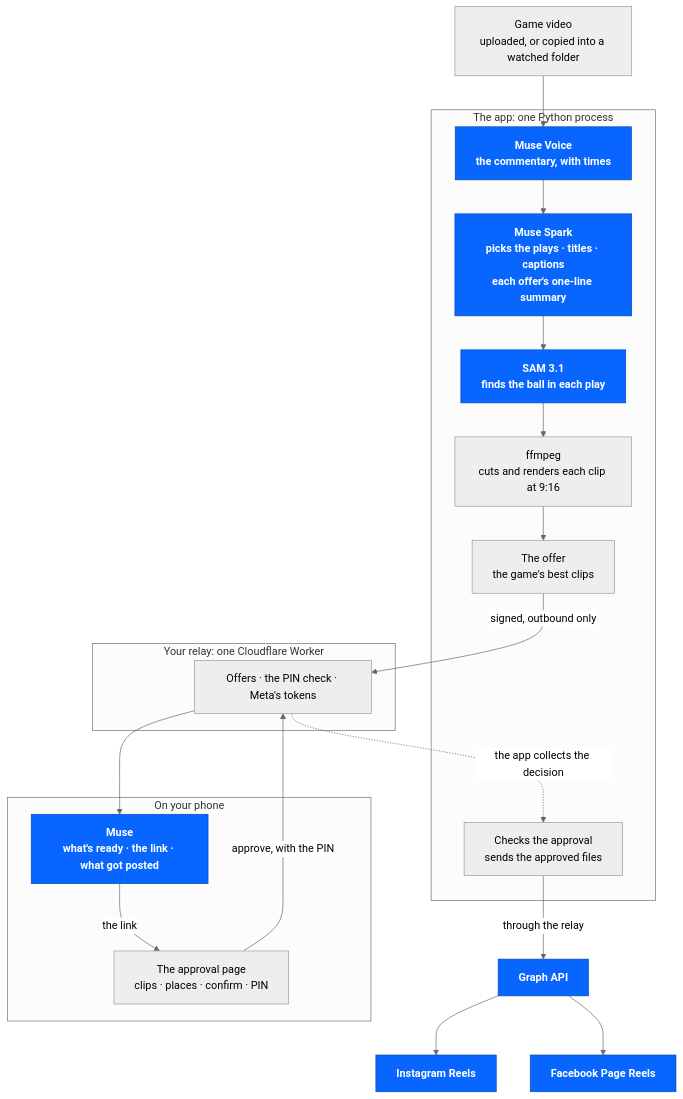
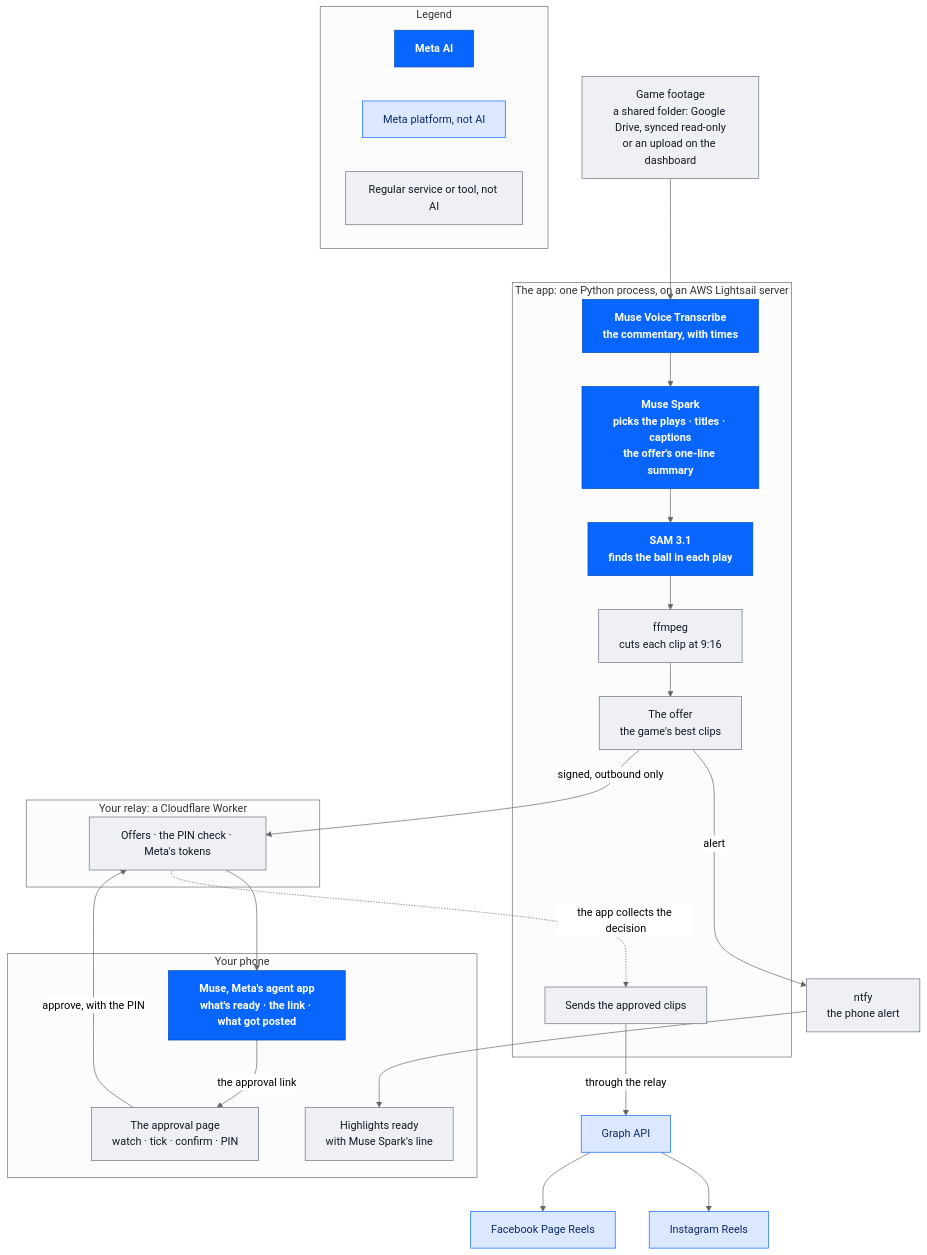
Before and after one commit to ColinGPT9/clips-kitty-gameday: the diagram in README.md, drawn with Mermaid (neutral theme). The commit also changed other lines of this file and 10 other files, not shown here.

First line of the commit message:
The README as the submission page, and docs that match what ran (#2)

````diff
--- a/README.md
+++ b/README.md
@@ -65,33 +139,50 @@
 ```mermaid
 flowchart TD
-    F["Game video<br/>uploaded, or copied into a watched folder"]
-    subgraph APP["The app: one Python process"]
-        V["Muse Voice<br/>the commentary, with times"]
-        S["Muse Spark<br/>picks the plays · titles · captions<br/>each offer's one-line summary"]
-        M["SAM 3.1<br/>finds the ball in each play"]
-        R["ffmpeg<br/>cuts and renders each clip at 9:16"]
-        O["The offer<br/>the game's best clips"]
-        C["Checks the approval<br/>sends the approved files"]
+    subgraph LEGEND["Legend"]
+        L1["Meta AI"]:::metaai
+        L2["Meta platform, not AI"]:::metaplat
+        L3["Regular service or tool, not AI"]:::regular
     end
-    subgraph RL["Your relay: one Cloudflare Worker"]
-        Q["Offers · the PIN check · Meta's tokens"]
+
+    IN["Game footage<br/>a shared folder: Google Drive, synced read-only<br/>or an upload on the dashboard"]:::regular
+
+    subgraph APP["The app: one Python process, on an AWS Lightsail server"]
+        V["Muse Voice Transcribe<br/>the commentary, with times"]:::metaai
+        S["Muse Spark<br/>picks the plays · titles · captions<br/>the offer's one-line summary"]:::metaai
+        M["SAM 3.1<br/>finds the ball in each play"]:::metaai
+        R["ffmpeg<br/>cuts each clip at 9:16"]:::regular
+        O["The offer<br/>the game's best clips"]:::regular
+        C["Sends the approved clips"]:::regular
     end
-    subgraph PH["On your phone"]
-        MU["Muse<br/>what's ready · the link · what got posted"]
-        AP["The approval page<br/>clips · places · confirm · PIN"]
+
+    N["ntfy<br/>the phone alert"]:::regular
+
+    subgraph RELAY["Your relay: a Cloudflare Worker"]
+        Q["Offers · the PIN check · Meta's tokens"]:::regular
     end
-    G["Graph API"]
-    IG["Instagram Reels"]
-    FB["Facebook Page Reels"]
-    F --> V --> S --> M --> R --> O
-    O -->|signed, outbound only| Q
+
+    subgraph PHONE["Your phone"]
+        AL["Highlights ready<br/>with Muse Spark's line"]:::regular
+        MU["Muse, Meta's agent app<br/>what's ready · the link · what got posted"]:::metaai
+        AP["The approval page<br/>watch · tick · confirm · PIN"]:::regular
+    end
+
+    G["Graph API"]:::metaplat
+    IG["Instagram Reels"]:::metaplat
+    FB["Facebook Page Reels"]:::metaplat
+
+    IN --> V --> S --> M --> R --> O
+    O --->|"alert"| N --> AL
+    O -->|"signed, outbound only"| Q
     Q --> MU
-    MU -->|the link| AP
-    AP -->|approve, with the PIN| Q
-    Q -.->|the app collects the decision| C
-    C -->|through the relay| G
+    MU -->|"the approval link"| AP
+    AP -->|"approve, with the PIN"| Q
+    Q -.->|"the app collects the decision"| C
+    C -->|"through the relay"| G
     G --> IG
     G --> FB
-    classDef meta fill:#0866FF,stroke:#0049B7,color:#ffffff,font-weight:bold
-    class V,S,M,MU,G,IG,FB meta
+
+    classDef metaai fill:#0866FF,stroke:#0049B7,color:#ffffff,font-weight:bold
+    classDef metaplat fill:#DCE8FF,stroke:#0866FF,color:#0B2A66
+    classDef regular fill:#EEF0F3,stroke:#6B7280,color:#111827
 ```
````
